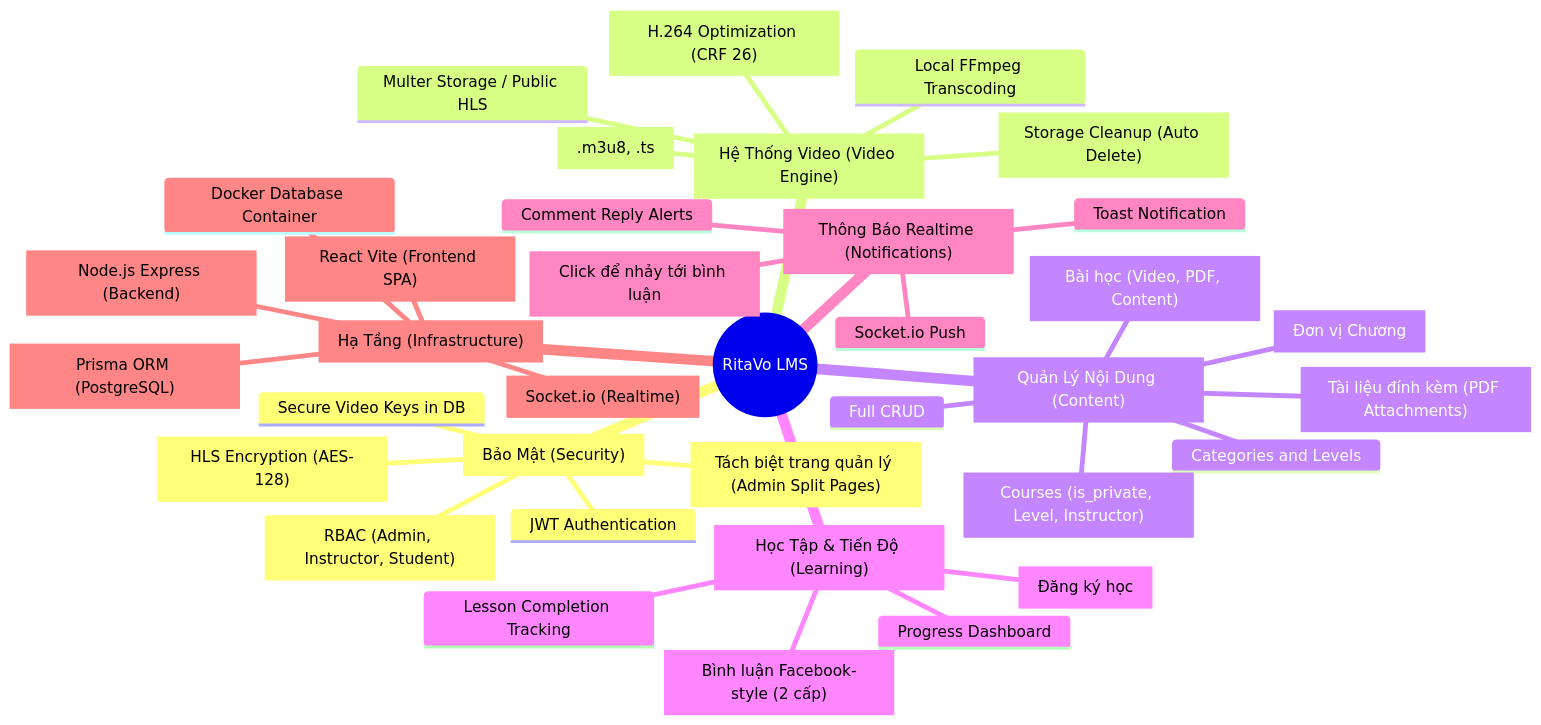
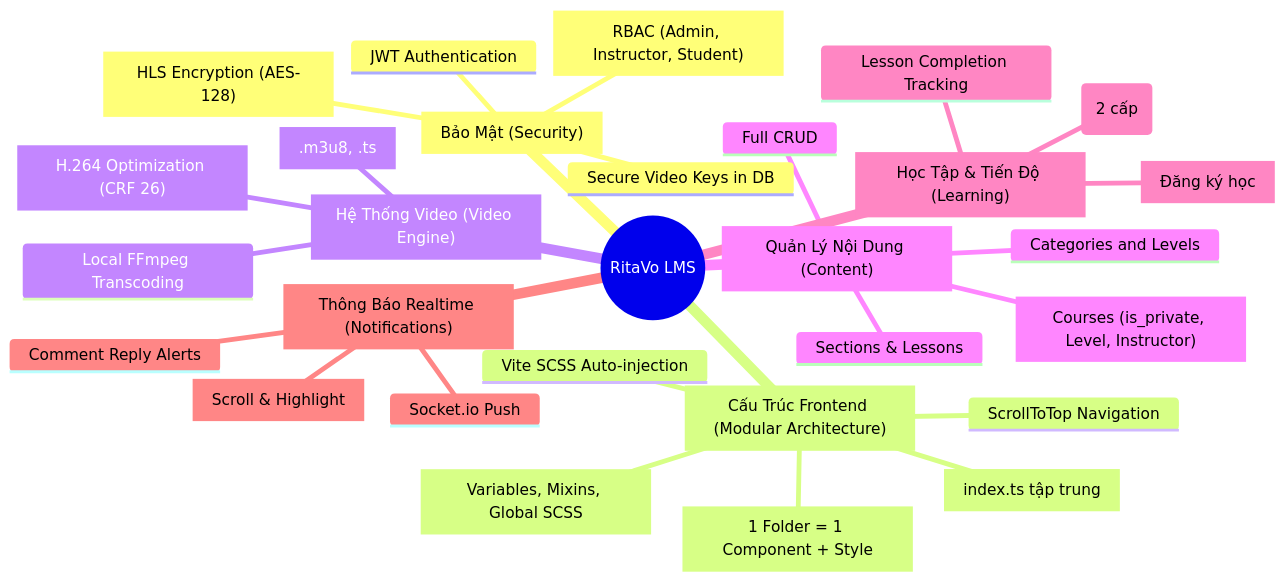
One commit to NguyenHongPhuc-2455/LMS changed the diagram in ProjectInfo/MINDMAP.md. Above: the diagram before and after it, drawn with Mermaid. The commit also changed other lines of this file and 96 other files, not shown here.

Commit message:
feat: implement initial frontend architecture and admin program management module

````diff
--- a/ProjectInfo/MINDMAP.md
+++ b/ProjectInfo/MINDMAP.md
@@ -7,39 +7,32 @@
 ```mermaid
 mindmap
-  root((RitaVo LMS))
-    Bảo Mật["Bảo Mật (Security)"]
-      JWT Authentication
-      RBAC["RBAC (Admin, Instructor, Student)"]
-      HLS Encryption["HLS Encryption (AES-128)"]
-      Secure Video Keys in DB
-      Tách biệt trang quản lý["Tách biệt trang quản lý (Admin Split Pages)"]
-    Hệ Thống Video["Hệ Thống Video (Video Engine)"]
-      Local FFmpeg Transcoding
-      H.264 Optimization["H.264 Optimization (CRF 26)"]
-      HLS Streaming[".m3u8, .ts"]
-      Multer Storage / Public HLS
-      Storage Cleanup["Storage Cleanup (Auto Delete)"]
-    Quản Lý Nội Dung["Quản Lý Nội Dung (Content)"]
-      Categories and Levels
-      Courses["Courses (is_private, Level, Instructor)"]
-      Full CRUD
-      Sections["Đơn vị Chương"]
-      Lessons["Bài học (Video, PDF, Content)"]
-      Tài liệu đính kèm["Tài liệu đính kèm (PDF Attachments)"]
-    Học Tập["Học Tập & Tiến Độ (Learning)"]
-      Enrollment["Đăng ký học"]
-      Lesson Completion Tracking
-      Progress Dashboard
-      Bình luận bài học["Bình luận Facebook-style (2 cấp)"]
-    Thông Báo["Thông Báo Realtime (Notifications)"]
-      Socket.io Push
-      Comment Reply Alerts
-      Click to Navigate["Click để nhảy tới bình luận"]
-      Toast Notification
-    Hạ Tầng["Hạ Tầng (Infrastructure)"]
-      Node.js Express["Node.js Express (Backend)"]
-      React Vite["React Vite (Frontend SPA)"]
-      Prisma ORM["Prisma ORM (PostgreSQL)"]
-      Socket.io["Socket.io (Realtime)"]
-      Docker Database Container
+    root((RitaVo LMS))
+      Bảo Mật["Bảo Mật (Security)"]
+        JWT Authentication
+        RBAC["RBAC (Admin, Instructor, Student)"]
+        HLS Encryption["HLS Encryption (AES-128)"]
+        Secure Video Keys in DB
+      Cấu Trúc Frontend["Cấu Trúc Frontend (Modular Architecture)"]
+        Folder-based Components["1 Folder = 1 Component + Style"]
+        Barrel Exports["index.ts tập trung"]
+        Global Style System["Variables, Mixins, Global SCSS"]
+        Vite SCSS Auto-injection
+        ScrollToTop Navigation
+      Hệ Thống Video["Hệ Thống Video (Video Engine)"]
+        Local FFmpeg Transcoding
+        H.264 Optimization["H.264 Optimization (CRF 26)"]
+        HLS Streaming[".m3u8, .ts"]
+      Quản Lý Nội Dung["Quản Lý Nội Dung (Content)"]
+        Categories and Levels
+        Courses["Courses (is_private, Level, Instructor)"]
+        Full CRUD
+        Sections & Lessons
+      Học Tập["Học Tập & Tiến Độ (Learning)"]
+        Enrollment["Đăng ký học"]
+        Lesson Completion Tracking
+        Bình luận Facebook-style (2 cấp)
+      Thông Báo["Thông Báo Realtime (Notifications)"]
+        Socket.io Push
+        Comment Reply Alerts
+        Click to Navigate["Scroll & Highlight"]
 ```
````
